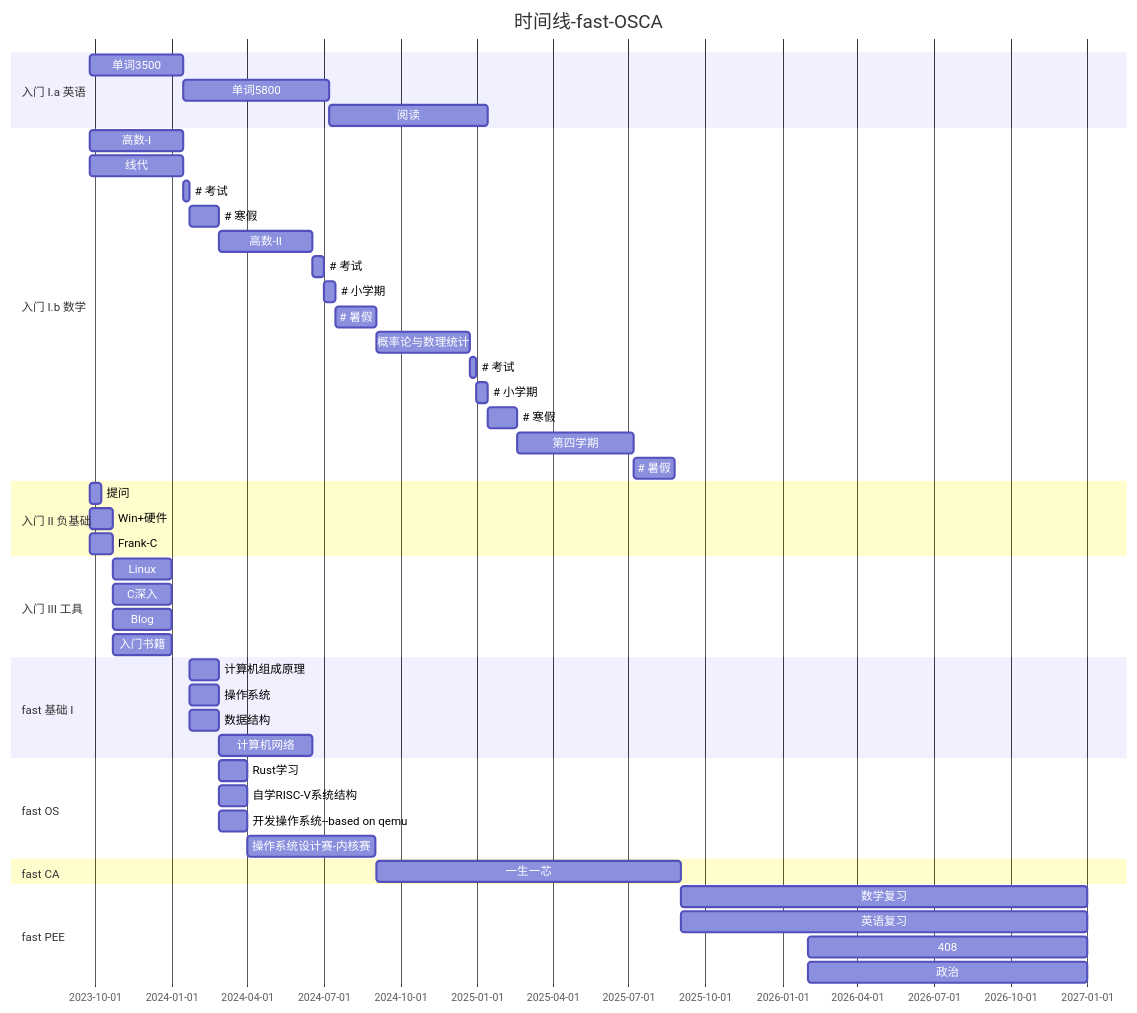
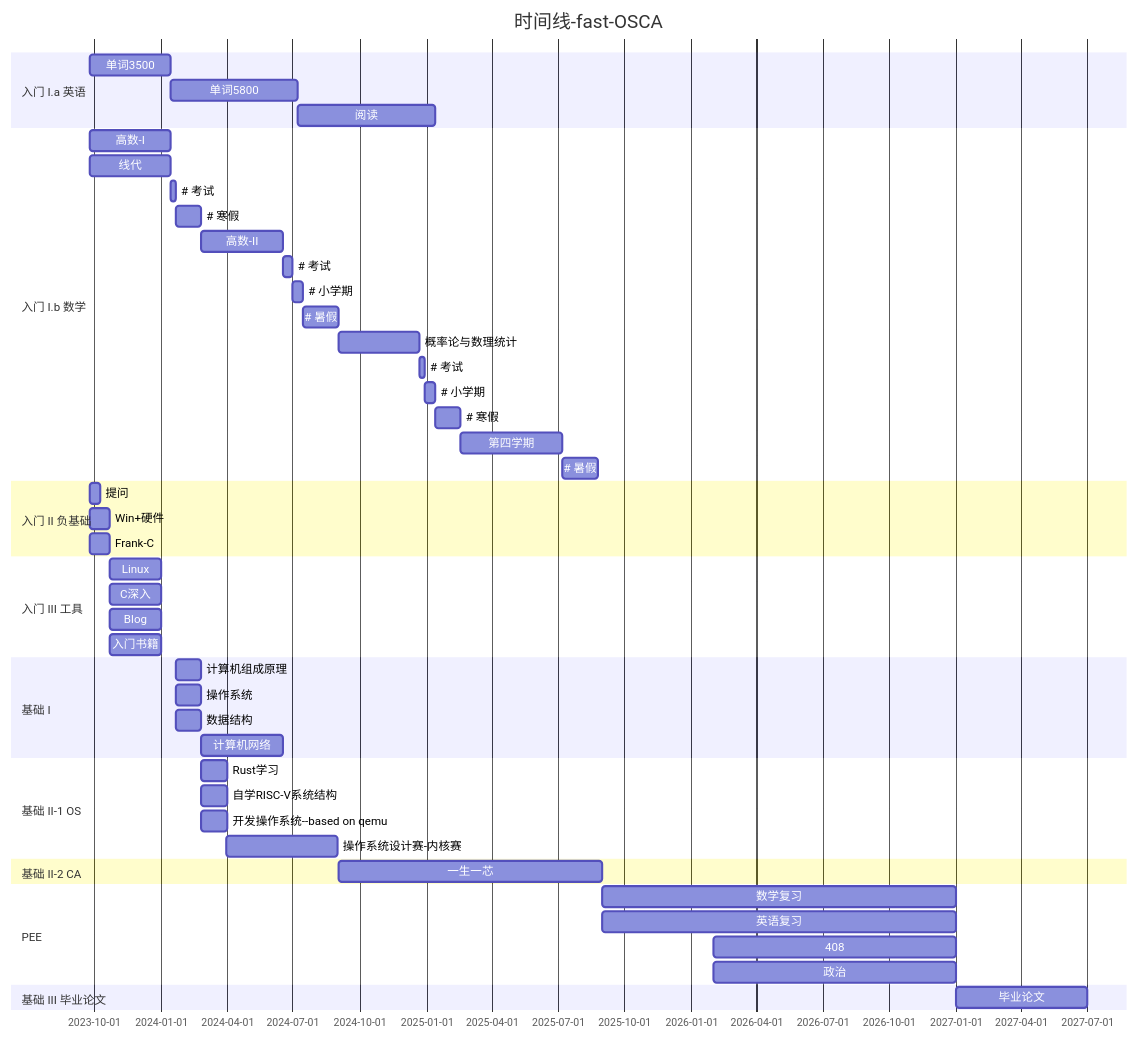
Before and after one commit to Haohahahaha/cs: the first of 3 diagrams in docs/greenhand/fertile/fertile.md, drawn with Mermaid. The commit also changed other lines of this file and 1 other file, not shown here.

````diff
--- a/docs/greenhand/fertile/fertile.md
+++ b/docs/greenhand/fertile/fertile.md
@@ -21,49 +21,51 @@
 ```mermaid
 gantt
     title 时间线-fast-OSCA
     section 入门 I.a 英语
     单词3500  : 2023-09-25, 16w
     单词5800  : 25w
     阅读		: 27w
     section 入门 I.b 数学
     高数-I	: 2023-09-25, 16w
     线代 		: 2023-09-25, 16w
 #   考试: 1w
 #   寒假: 5w
     高数-II	: 2024-02-26, 16w
 #   考试: 2w
 #   小学期: 2w
 #   暑假: 7w
     概率论与数理统计: 2024-09-02, 16w
 #   考试: 1w
 #   小学期: 2w
 #   寒假: 5w
     第四学期: 20w
 #   暑假: 7w
     section 入门 II 负基础
     提问	: 2023-09-25, 2w
     Win+硬件: 2023-09-25, 4w
     Frank-C	: 2023-09-25, 4w
     section 入门 III 工具
     Linux: 2023-10-23, 10w
     C深入: 2023-10-23, 10w
     Blog: 2023-10-23, 10w
     入门书籍: 2023-10-23, 10w
-    section fast 基础 I 
+    section 基础 I 
    	计算机组成原理: 2024-01-22, 5w
    	操作系统: 2024-01-22, 5w
    	数据结构: 2024-01-22, 5w
     计算机网络: 2024-02-26, 16w
-    section fast OS
+    section 基础 II-1 OS
     Rust学习: 2024-02-26, 5w
     自学RISC-V系统结构: 2024-02-26, 5w
     开发操作系统--based on qemu: 2024-02-26, 5w
     操作系统设计赛-内核赛: 2024-03-31, 22w
-    section fast CA
-    一生一芯: 2024-09-02, 1y
-    section fast PEE
+    section 基础 II-2 CA
+    一生一芯: 2024-09-02, 364d
+    section PEE
     数学复习: 2025-09-01, 16M
     英语复习: 2025-09-01, 16M
     408: 2026-02-01, 11M
     政治: 2026-02-01, 11M
+    section 基础 III 毕业论文
+    毕业论文: 2027-01-01,6M
 ```
````
